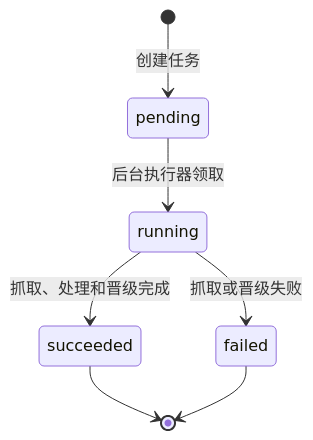
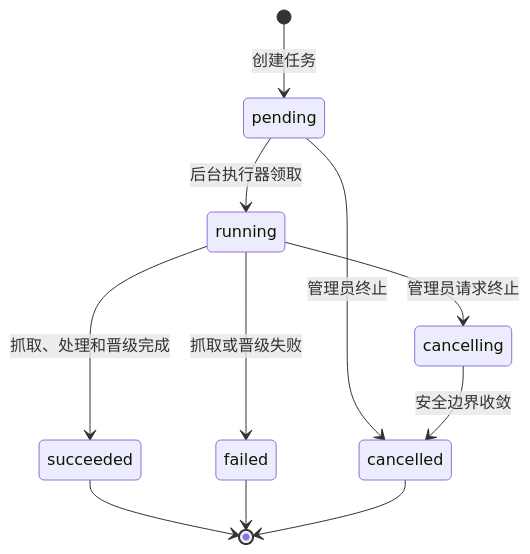
One commit to Userwei0418/career-guardian changed the second of 2 diagrams in zhihu/docs/data/recruitment-collection-pipeline.md. Above: the diagram before and after it, drawn with Mermaid. The commit also changed other lines of this file and 140 other files, not shown here.

````diff
--- a/zhihu/docs/data/recruitment-collection-pipeline.md
+++ b/zhihu/docs/data/recruitment-collection-pipeline.md
@@ -190,9 +199,13 @@
 ```mermaid
 stateDiagram-v2
     [*] --> pending: 创建任务
     pending --> running: 后台执行器领取
+    pending --> cancelled: 管理员终止
+    running --> cancelling: 管理员请求终止
+    cancelling --> cancelled: 安全边界收敛
     running --> succeeded: 抓取、处理和晋级完成
     running --> failed: 抓取或晋级失败
     succeeded --> [*]
     failed --> [*]
+    cancelled --> [*]
 ```
````
